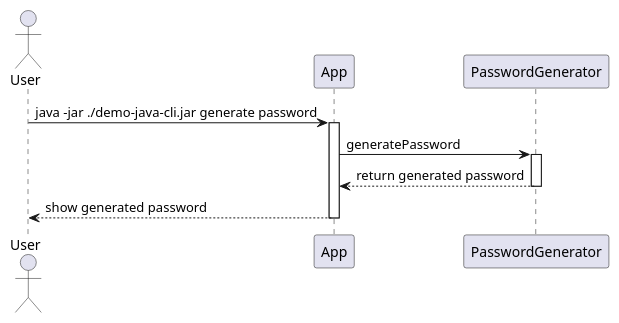
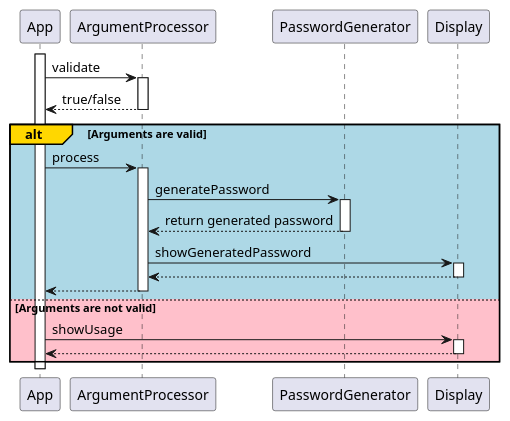
The diagram in diagrams/Sequence.puml (djvelimir/demo-java-cli), drawn with PlantUML before and after one commit. The commit also changed 7 other files, not shown here.

Commit message:
Added display and argument processor

```diff
--- a/diagrams/Sequence.puml
+++ b/diagrams/Sequence.puml
@@ -1,14 +1,36 @@
 @startuml
-actor User as user
 participant App as app
-participant PasswordGenerator as pg
+participant ArgumentProcessor as argumentProcessor
+participant PasswordGenerator as passwordGenerator
+participant Display as display
 
-user -> app: java -jar ./demo-java-cli.jar generate password
 activate app
-app -> pg: generatePassword
-activate pg
-app <-- pg: return generated password
-deactivate pg
-user <-- app: show generated password
+
+
+app -> argumentProcessor: validate
+activate argumentProcessor
+app <-- argumentProcessor: true/false
+deactivate argumentProcessor
+
+alt#Gold #LightBlue Arguments are valid
+    app -> argumentProcessor: process
+    activate argumentProcessor
+    argumentProcessor -> passwordGenerator: generatePassword
+    activate passwordGenerator
+    argumentProcessor <-- passwordGenerator: return generated password
+    deactivate passwordGenerator
+    argumentProcessor -> display: showGeneratedPassword
+    activate display
+    argumentProcessor <-- display
+    deactivate display
+    app <-- argumentProcessor
+    deactivate argumentProcessor
+else #Pink Arguments are not valid
+    app -> display: showUsage
+    activate display
+    app <-- display
+    deactivate display
+end
+
 deactivate app
 @enduml
```
